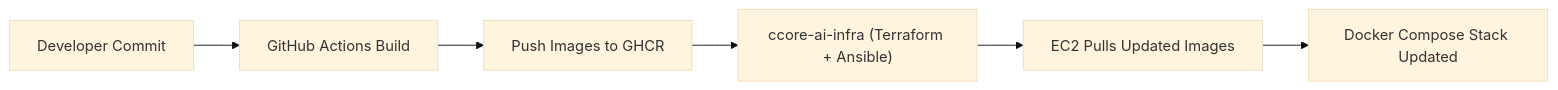
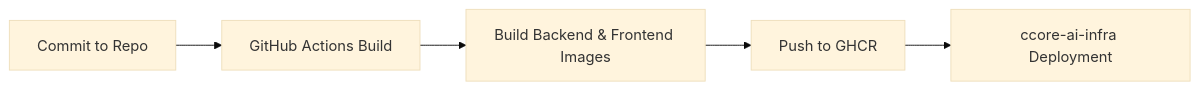
One commit to LaurisNeimanis/ccore-ai-demo changed the second of 2 diagrams in README.md. Above: the diagram before and after it, drawn with Mermaid (base theme). The commit also changed other lines of this file and 1 other file, not shown here.

Commit message:
fix(readme): correct app-demo architecture; remove infra-level diagram not belonging to repo

````diff
--- a/README.md
+++ b/README.md
@@ -84,8 +84,7 @@
 ```mermaid
 flowchart LR
-    A[Developer Commit] --> B[GitHub Actions Build]
-    B --> C[Push Images to GHCR]
-    C --> D["ccore-ai-infra (Terraform + Ansible)"]
-    D --> E[EC2 Pulls Updated Images]
-    E --> F[Docker Compose Stack Updated]
+    A[Commit to Repo] --> B[GitHub Actions Build]
+    B --> C[Build Backend & Frontend Images]
+    C --> D[Push to GHCR]
+    D --> E[ccore-ai-infra Deployment]
 ```
````
